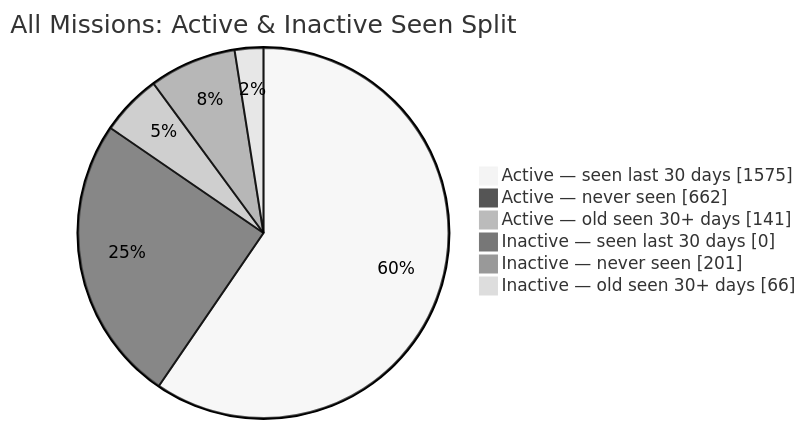
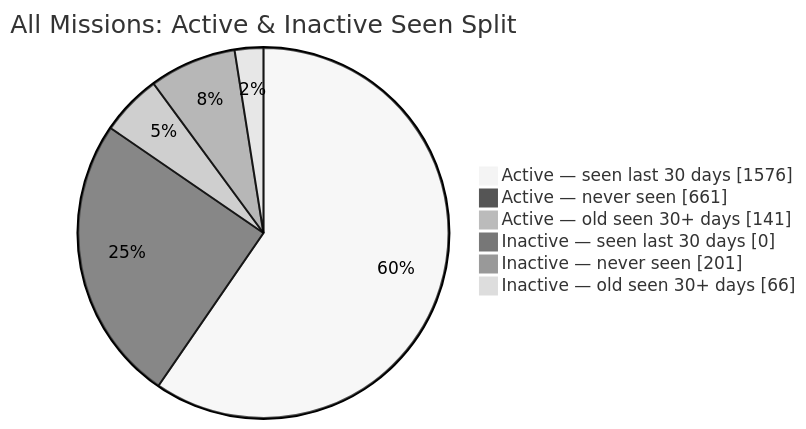
Before and after one commit to MeldkamerspelGameTeam/active-missions: the second of 2 diagrams in README.md, drawn with Mermaid (neutral theme). The commit also changed other lines of this file and 2 other files, not shown here.

````diff
--- a/README.md
+++ b/README.md
@@ -44,10 +44,10 @@
 ```mermaid
 pie showData
     title All Missions: Active & Inactive Seen Split
-    "Active — seen last 30 days" : 1575
-    "Active — never seen" : 662
+    "Active — seen last 30 days" : 1576
+    "Active — never seen" : 661
     "Active — old seen 30+ days" : 141
     "Inactive — seen last 30 days" : 0
     "Inactive — never seen" : 201
     "Inactive — old seen 30+ days" : 66
 ```
````
